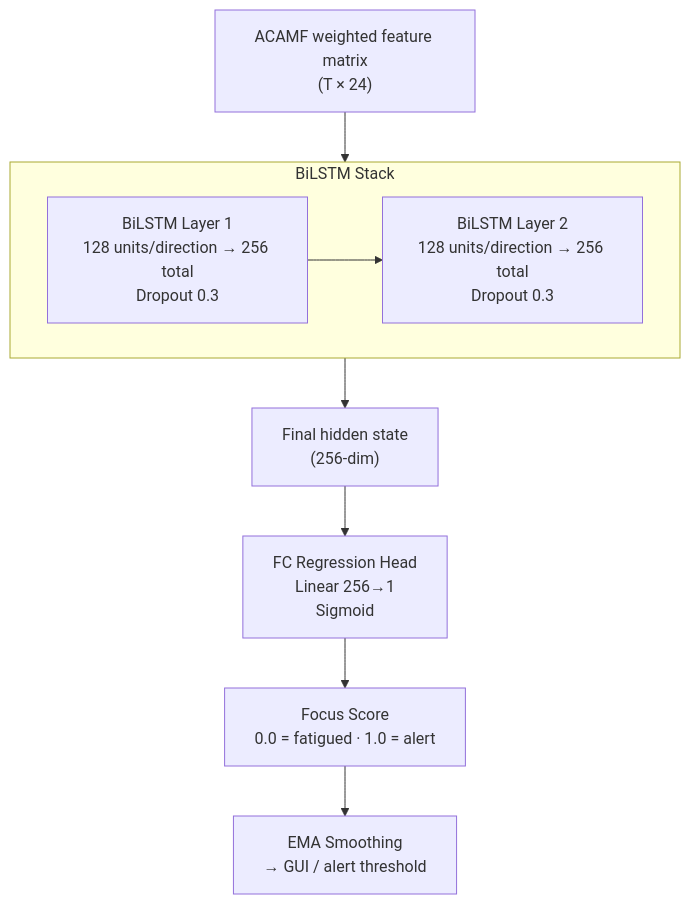
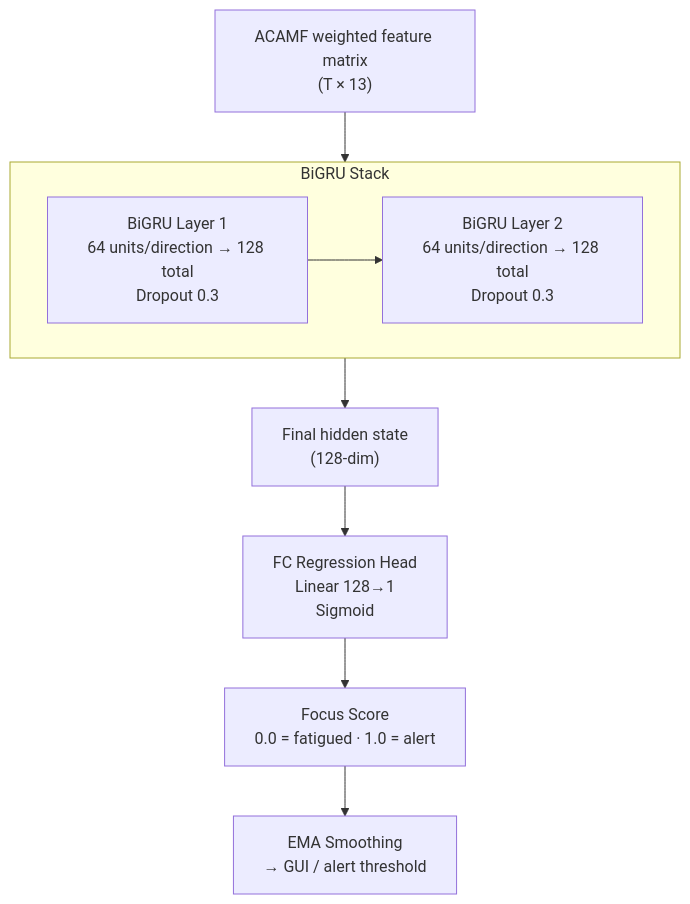
One commit to JlordS32/FatigueSense changed the second of 2 diagrams in docs/model_architecture.md. Above: the diagram before and after it, drawn with Mermaid. The commit also changed other lines of this file and 14 other files, not shown here.

````diff
--- a/docs/model_architecture.md
+++ b/docs/model_architecture.md
@@ -161,15 +151,15 @@
 ```mermaid
 flowchart TD
-    A["ACAMF weighted feature matrix\n(T × 24)"] --> B
+    A["ACAMF weighted feature matrix\n(T × 13)"] --> B
 
-    subgraph B["BiLSTM Stack"]
-        B1["BiLSTM Layer 1\n128 units/direction → 256 total\nDropout 0.3"]
-        B2["BiLSTM Layer 2\n128 units/direction → 256 total\nDropout 0.3"]
+    subgraph B["BiGRU Stack"]
+        B1["BiGRU Layer 1\n64 units/direction → 128 total\nDropout 0.3"]
+        B2["BiGRU Layer 2\n64 units/direction → 128 total\nDropout 0.3"]
         B1 --> B2
     end
 
-    B --> C["Final hidden state\n(256-dim)"]
-    C --> D["FC Regression Head\nLinear 256→1\nSigmoid"]
+    B --> C["Final hidden state\n(128-dim)"]
+    C --> D["FC Regression Head\nLinear 128→1\nSigmoid"]
     D --> E["Focus Score\n0.0 = fatigued · 1.0 = alert"]
     E --> F["EMA Smoothing\n→ GUI / alert threshold"]
 ```
````
